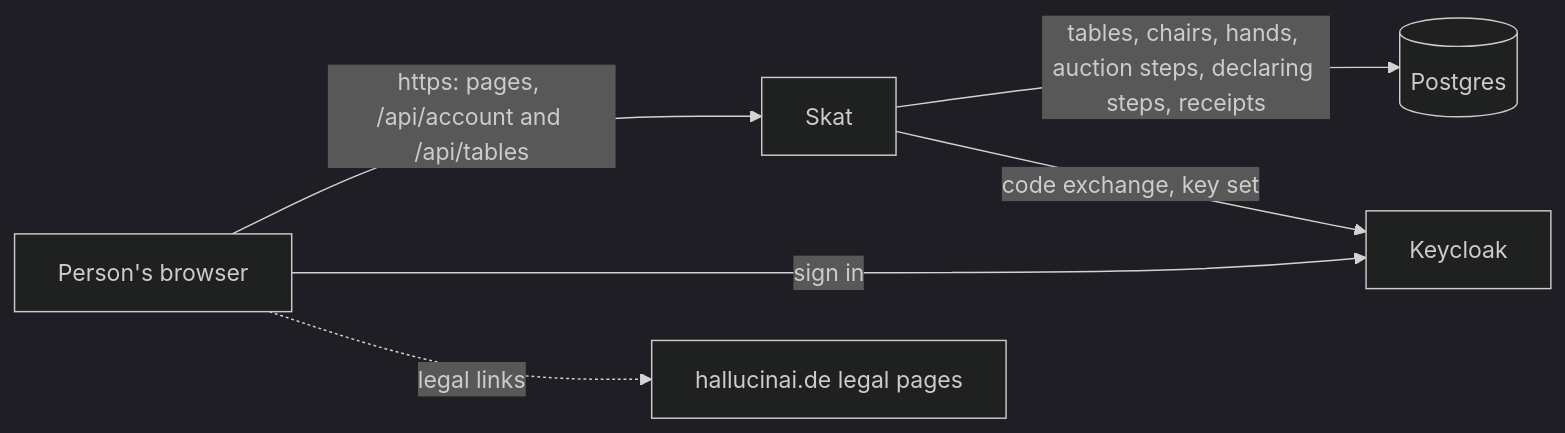
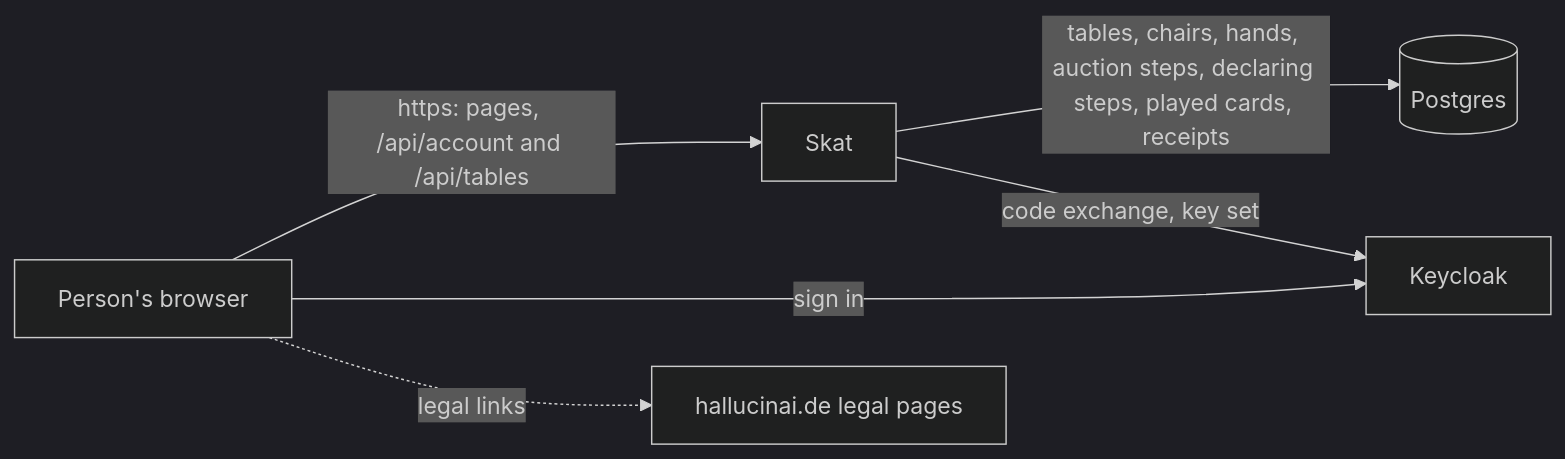
The first of 3 diagrams in docs/ARCHITECTURE.md (overnightworks/skat), drawn with Mermaid (dark theme) before and after one commit. The commit also changed other lines of this file and 21 other files, not shown here.

````diff
--- a/docs/ARCHITECTURE.md
+++ b/docs/ARCHITECTURE.md
@@ -7,8 +7,8 @@
 ```mermaid
 flowchart LR
     person["Person's browser"] -->|"https: pages, /api/account and /api/tables"| skat["Skat"]
     person -->|"sign in"| keycloak["Keycloak"]
-    skat -->|"tables, chairs, hands, auction steps, declaring steps, receipts"| database[("Postgres")]
+    skat -->|"tables, chairs, hands, auction steps, declaring steps, played cards, receipts"| database[("Postgres")]
     skat -->|"code exchange, key set"| keycloak
     person -.->|"legal links"| legal["hallucinai.de legal pages"]
 ```
````
